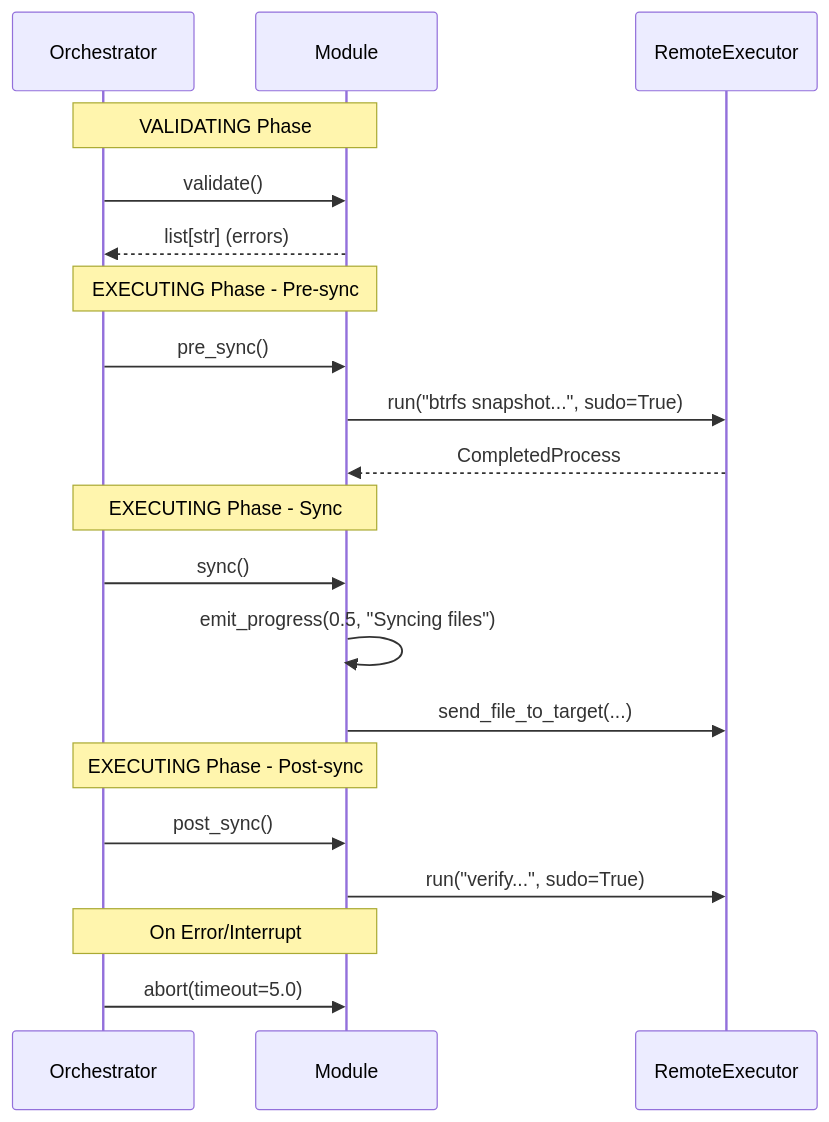
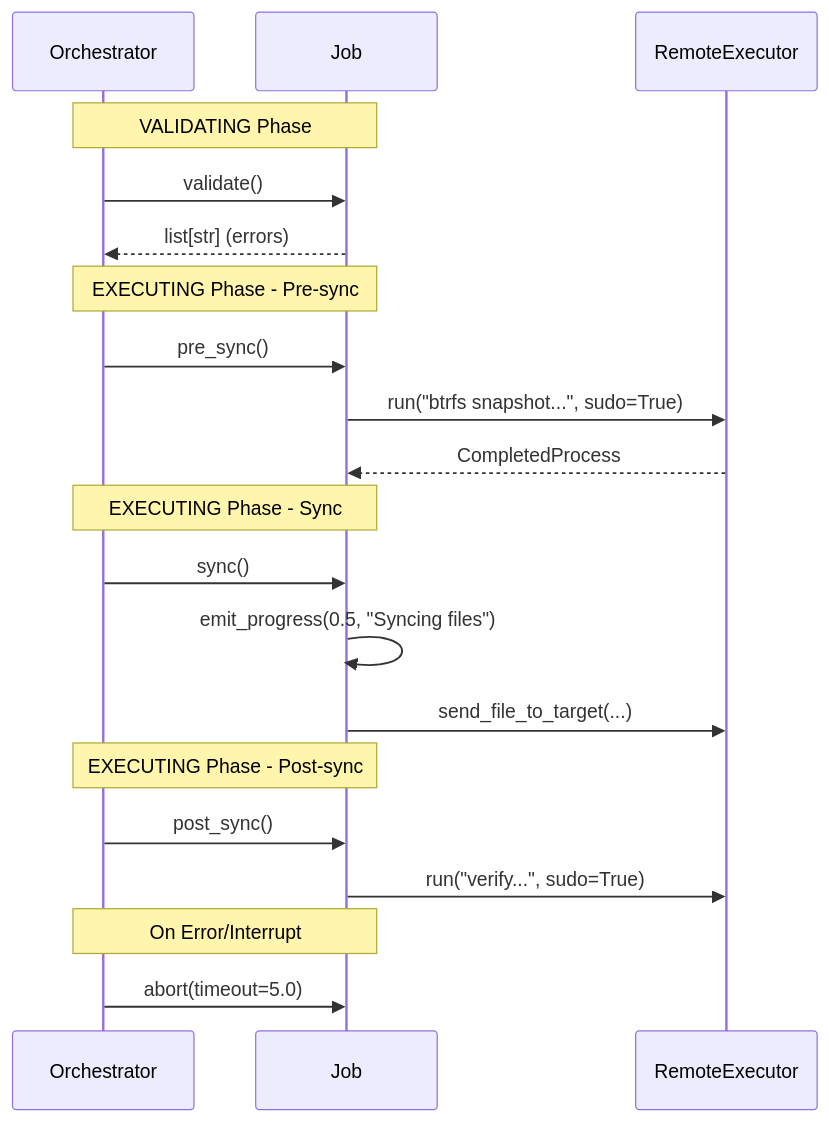
Before and after one commit to flaksit/pc-switcher: the third of 13 diagrams in ARCHITECTURE.md, drawn with Mermaid. The commit also changed other lines of this file and 39 other files, not shown here.

Commit message:
rename Module to Job

````diff
--- a/ARCHITECTURE.md
+++ b/ARCHITECTURE.md
@@ -89,27 +89,27 @@
 ```mermaid
 sequenceDiagram
     participant O as Orchestrator
-    participant M as Module
+    participant J as Job
     participant R as RemoteExecutor
 
-    Note over O,M: VALIDATING Phase
-    O->>M: validate()
-    M-->>O: list[str] (errors)
+    Note over O,J: VALIDATING Phase
+    O->>J: validate()
+    J-->>O: list[str] (errors)
 
-    Note over O,M: EXECUTING Phase - Pre-sync
-    O->>M: pre_sync()
-    M->>R: run("btrfs snapshot...", sudo=True)
-    R-->>M: CompletedProcess
+    Note over O,J: EXECUTING Phase - Pre-sync
+    O->>J: pre_sync()
+    J->>R: run("btrfs snapshot...", sudo=True)
+    R-->>J: CompletedProcess
 
-    Note over O,M: EXECUTING Phase - Sync
-    O->>M: sync()
-    M->>M: emit_progress(0.5, "Syncing files")
-    M->>R: send_file_to_target(...)
+    Note over O,J: EXECUTING Phase - Sync
+    O->>J: sync()
+    J->>J: emit_progress(0.5, "Syncing files")
+    J->>R: send_file_to_target(...)
 
-    Note over O,M: EXECUTING Phase - Post-sync
-    O->>M: post_sync()
-    M->>R: run("verify...", sudo=True)
+    Note over O,J: EXECUTING Phase - Post-sync
+    O->>J: post_sync()
+    J->>R: run("verify...", sudo=True)
 
-    Note over O,M: On Error/Interrupt
-    O->>M: abort(timeout=5.0)
+    Note over O,J: On Error/Interrupt
+    O->>J: abort(timeout=5.0)
 ```
````
